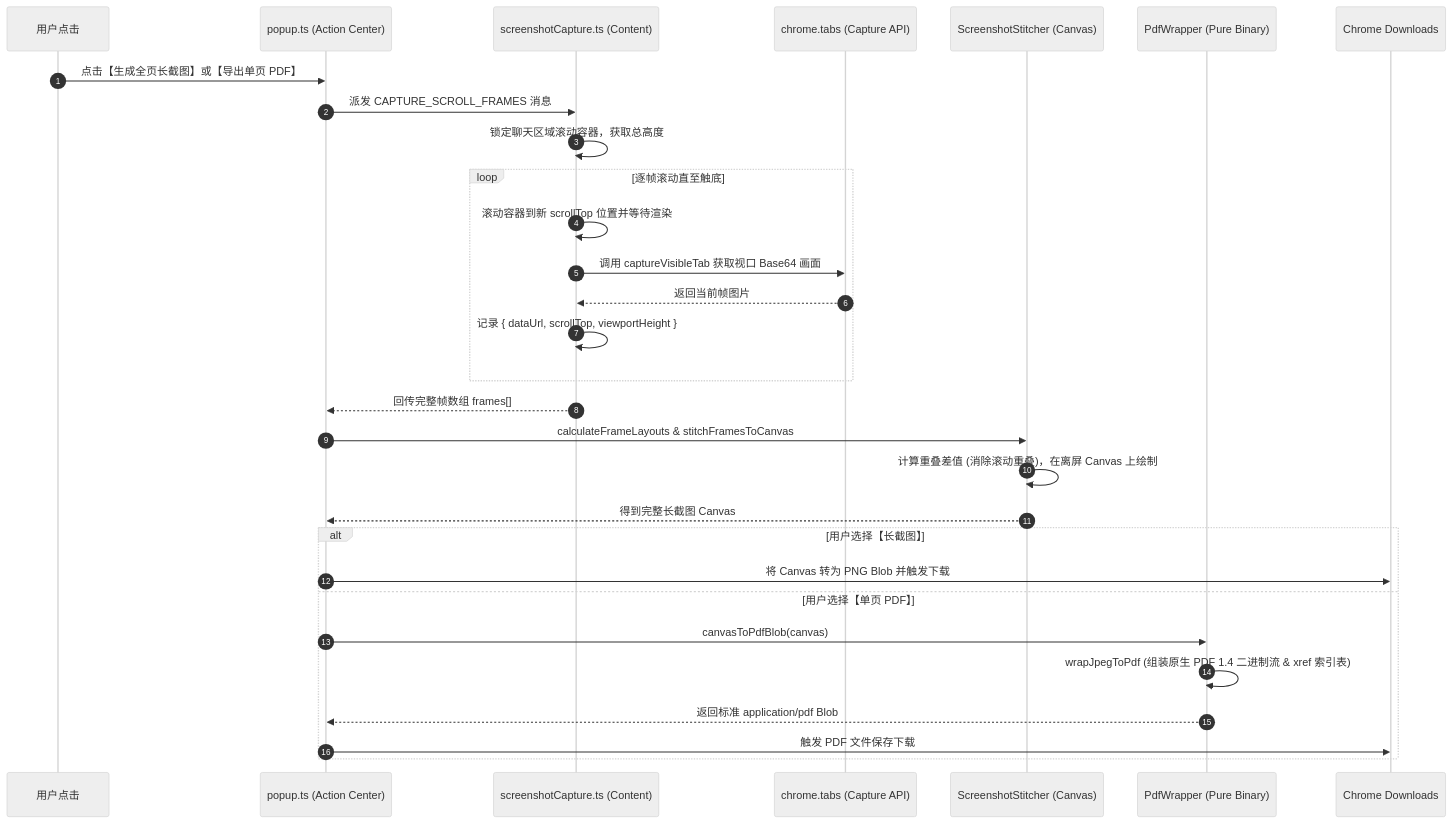
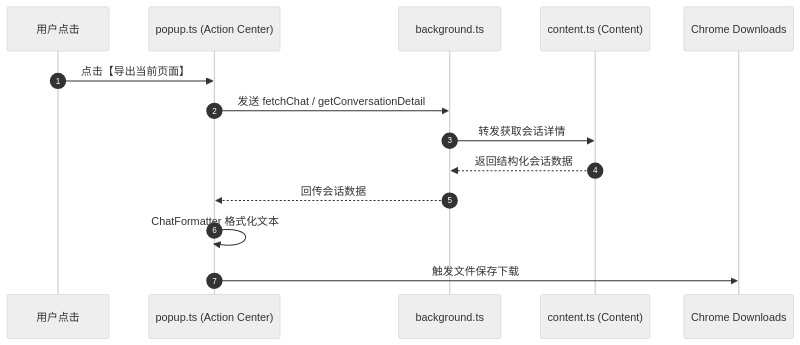
Before and after one commit to OTLFrostA/gemini-exporter: the sixth of 8 diagrams in docs/architecture.md, drawn with Mermaid (neutral theme). The commit also changed other lines of this file and 14 other files, not shown here.

Commit message:
refactor(popup): remove screenshot and pdf export features (#489)

````diff
--- a/docs/architecture.md
+++ b/docs/architecture.md
@@ -528,33 +518,17 @@
 ```mermaid
 sequenceDiagram
     autonumber
     participant User as 用户点击
     participant Popup as popup.ts (Action Center)
-    participant CS as screenshotCapture.ts (Content)
-    participant CDP as chrome.tabs (Capture API)
-    participant Stitch as ScreenshotStitcher (Canvas)
-    participant PDF as PdfWrapper (Pure Binary)
+    participant BG as background.ts
+    participant CS as content.ts (Content)
     participant Down as Chrome Downloads
 
-    User->>Popup: 点击【生成全页长截图】或【导出单页 PDF】
-    Popup->>CS: 派发 CAPTURE_SCROLL_FRAMES 消息
-    CS->>CS: 锁定聊天区域滚动容器，获取总高度
-    loop 逐帧滚动直至触底
-        CS->>CS: 滚动容器到新 scrollTop 位置并等待渲染
-        CS->>CDP: 调用 captureVisibleTab 获取视口 Base64 画面
-        CDP-->>CS: 返回当前帧图片
-        CS->>CS: 记录 { dataUrl, scrollTop, viewportHeight }
-    end
-    CS-->>Popup: 回传完整帧数组 frames[]
-    Popup->>Stitch: calculateFrameLayouts & stitchFramesToCanvas
-    Stitch->>Stitch: 计算重叠差值 (消除滚动重叠)，在离屏 Canvas 上绘制
-    Stitch-->>Popup: 得到完整长截图 Canvas
-    alt 用户选择【长截图】
-        Popup->>Down: 将 Canvas 转为 PNG Blob 并触发下载
-    else 用户选择【单页 PDF】
-        Popup->>PDF: canvasToPdfBlob(canvas)
-        PDF->>PDF: wrapJpegToPdf (组装原生 PDF 1.4 二进制流 & xref 索引表)
-        PDF-->>Popup: 返回标准 application/pdf Blob
-        Popup->>Down: 触发 PDF 文件保存下载
-    end
+    User->>Popup: 点击【导出当前页面】
+    Popup->>BG: 发送 fetchChat / getConversationDetail
+    BG->>CS: 转发获取会话详情
+    CS-->>BG: 返回结构化会话数据
+    BG-->>Popup: 回传会话数据
+    Popup->>Popup: ChatFormatter 格式化文本
+    Popup->>Down: 触发文件保存下载
 ```
````
